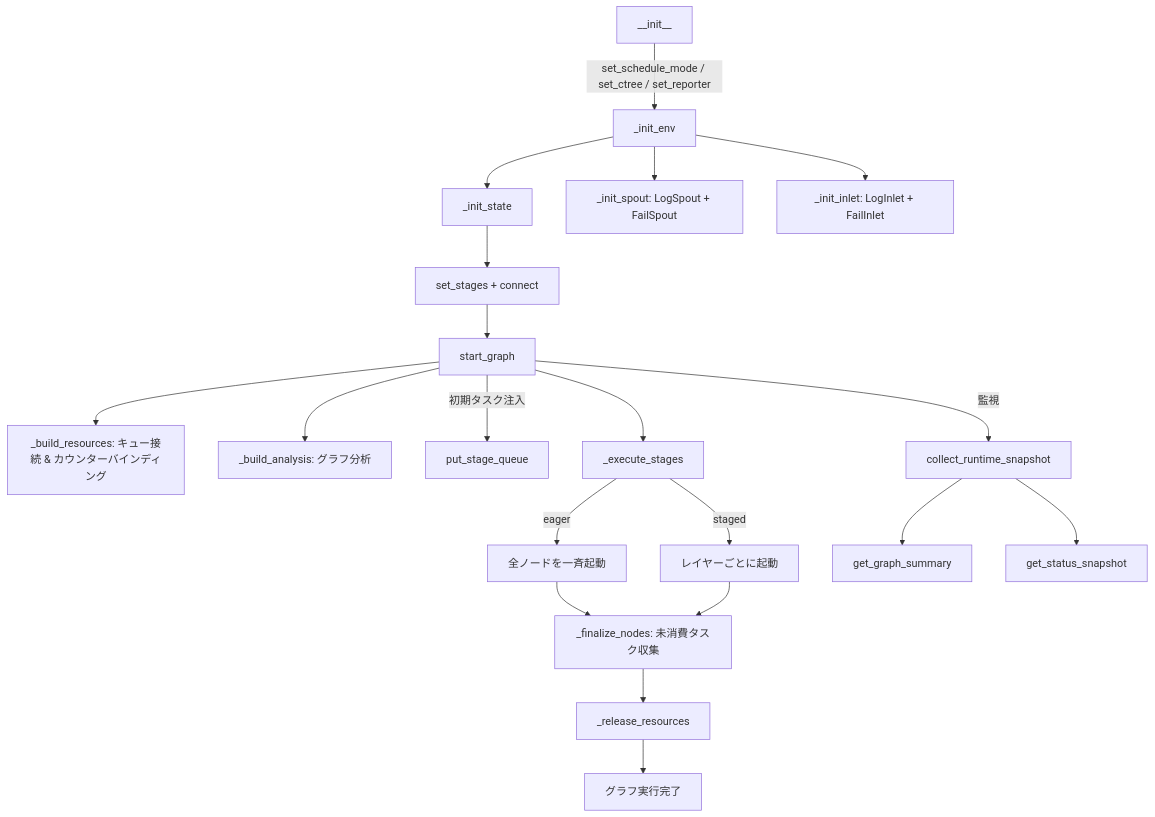
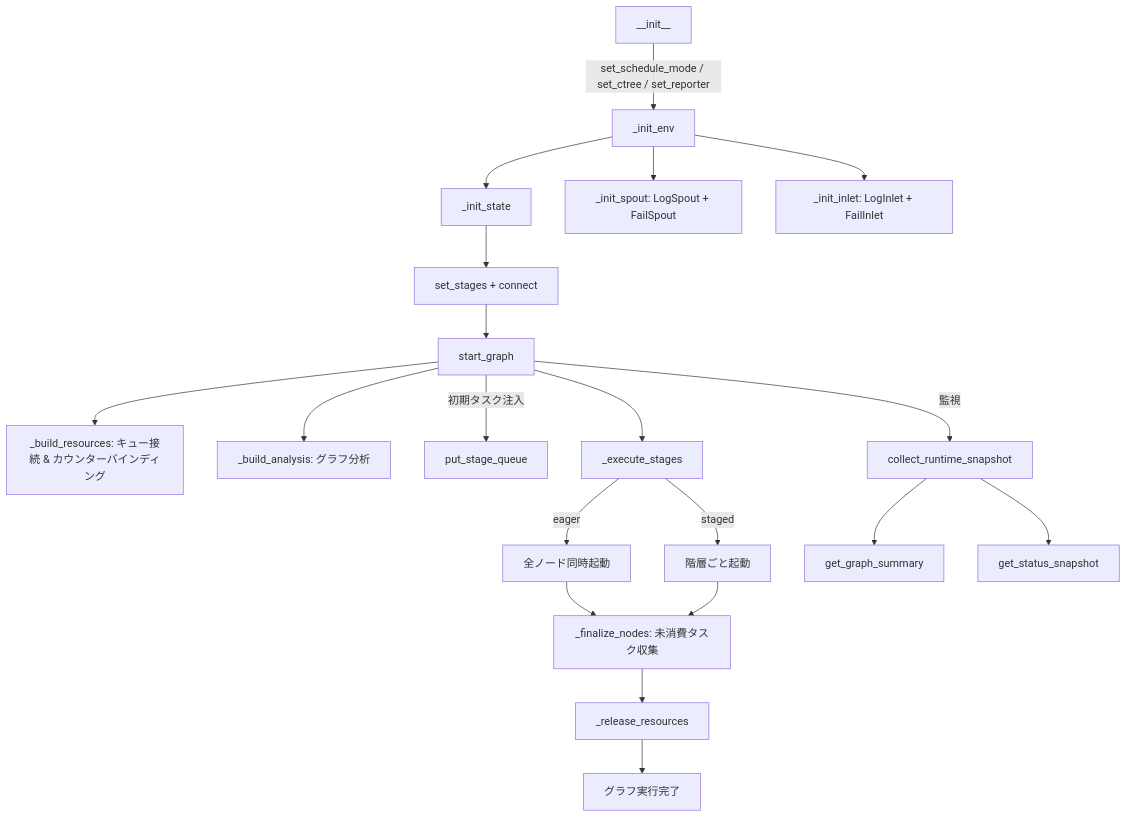
Before and after one commit to Mr-xiaotian/CelestialFlow: the diagram in docs/ja/src/graph/core_graph.md, drawn with Mermaid. The commit also changed other lines of this file and 278 other files, not shown here.

````diff
--- a/docs/ja/src/graph/core_graph.md
+++ b/docs/ja/src/graph/core_graph.md
@@ -206,23 +210,23 @@
 ```mermaid
 flowchart TD
     INIT[__init__] -->|set_schedule_mode / set_ctree / set_reporter| ENV[_init_env]
     ENV --> STATE[_init_state]
     ENV --> SPOUT[_init_spout: LogSpout + FailSpout]
     ENV --> INLET[_init_inlet: LogInlet + FailInlet]
     STATE --> BUILD[set_stages + connect]
     BUILD --> START[start_graph]
     START --> RESOURCES[_build_resources: キュー接続 & カウンターバインディング]
     START --> ANALYSIS[_build_analysis: グラフ分析]
     START -->|初期タスク注入| PUT[put_stage_queue]
     START --> EXEC[_execute_stages]
-    EXEC -->|eager| ALL[全ノードを一斉起動]
-    EXEC -->|staged| LAYER[レイヤーごとに起動]
+    EXEC -->|eager| ALL[全ノード同時起動]
+    EXEC -->|staged| LAYER[階層ごと起動]
     ALL --> FINALIZE[_finalize_nodes: 未消費タスク収集]
     LAYER --> FINALIZE
     FINALIZE --> RELEASE[_release_resources]
     RELEASE --> END[グラフ実行完了]
     
     START -->|監視| SNAPSHOT[collect_runtime_snapshot]
     SNAPSHOT --> SUMMARY[get_graph_summary]
     SNAPSHOT --> STATUS[get_status_snapshot]
 ```
````
